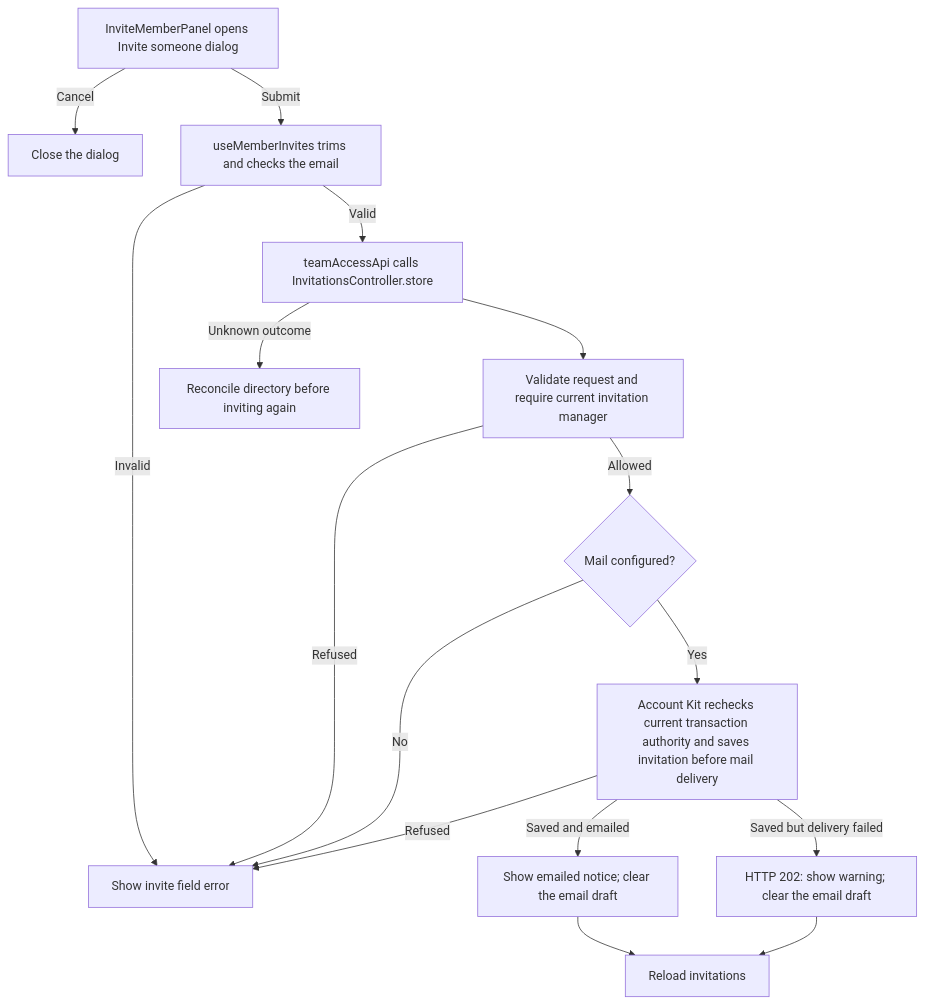
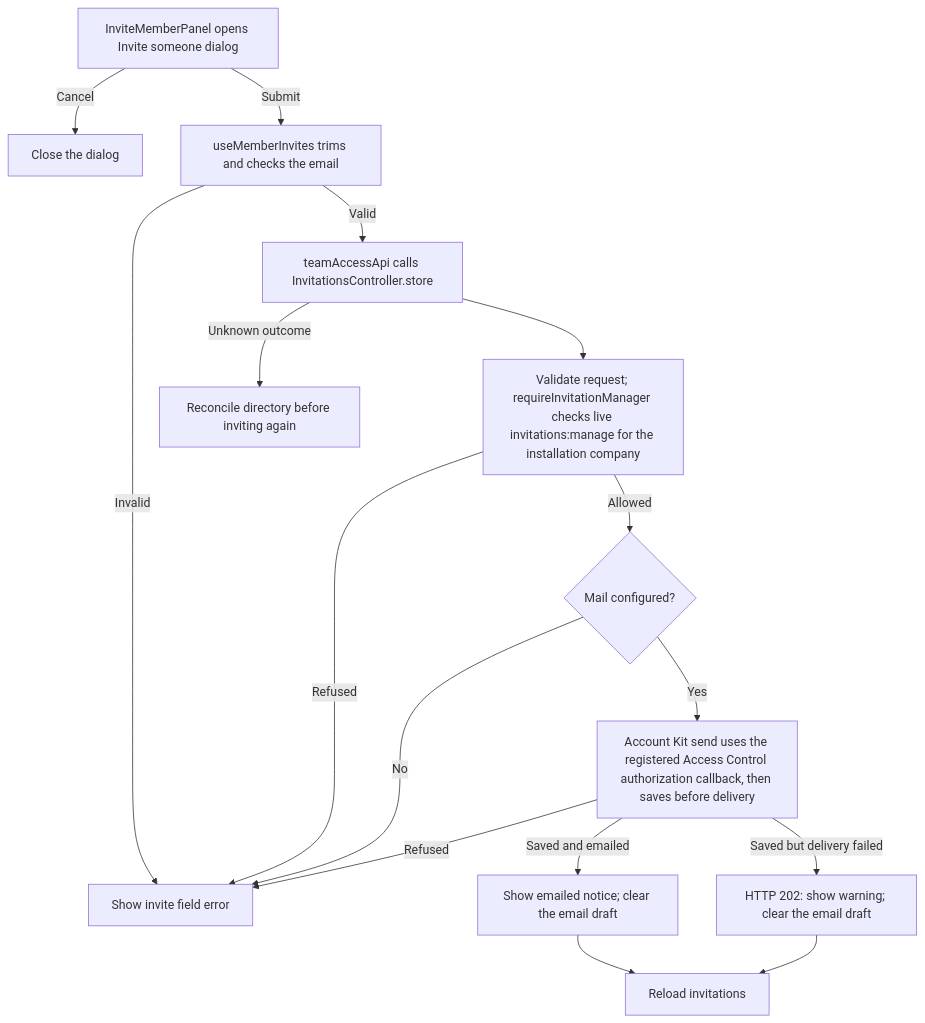
The second of 2 diagrams in user-stories/team/US-TEAM-02-invite-member.md (Kevinjohn/capacitylens), drawn with Mermaid before and after one commit. The commit also changed other lines of this file and 26 other files, not shown here.

````diff
--- a/user-stories/team/US-TEAM-02-invite-member.md
+++ b/user-stories/team/US-TEAM-02-invite-member.md
@@ -38,18 +38,18 @@
 ```mermaid
 flowchart TD
   panel["InviteMemberPanel opens Invite someone dialog"] -->|Cancel| close["Close the dialog"]
   panel -->|Submit| validate["useMemberInvites trims and checks the email"]
   validate -->|Invalid| error["Show invite field error"]
   validate -->|Valid| request["teamAccessApi calls InvitationsController.store"]
-  request --> auth["Validate request and require current invitation manager"]
+  request --> auth["Validate request; requireInvitationManager checks live invitations:manage for the installation company"]
   auth -->|Allowed| mail{"Mail configured?"}
   auth -->|Refused| error
   mail -->|No| error
-  mail -->|Yes| kit["Account Kit rechecks current transaction authority and saves invitation before mail delivery"]
+  mail -->|Yes| kit["Account Kit send uses the registered Access Control authorization callback, then saves before delivery"]
   kit -->|Refused| error
   kit -->|Saved and emailed| completed["Show emailed notice; clear the email draft"]
   kit -->|Saved but delivery failed| warning["HTTP 202: show warning; clear the email draft"]
   completed --> reload["Reload invitations"]
   warning --> reload
   request -->|Unknown outcome| reconcile["Reconcile directory before inviting again"]
 ```
````
